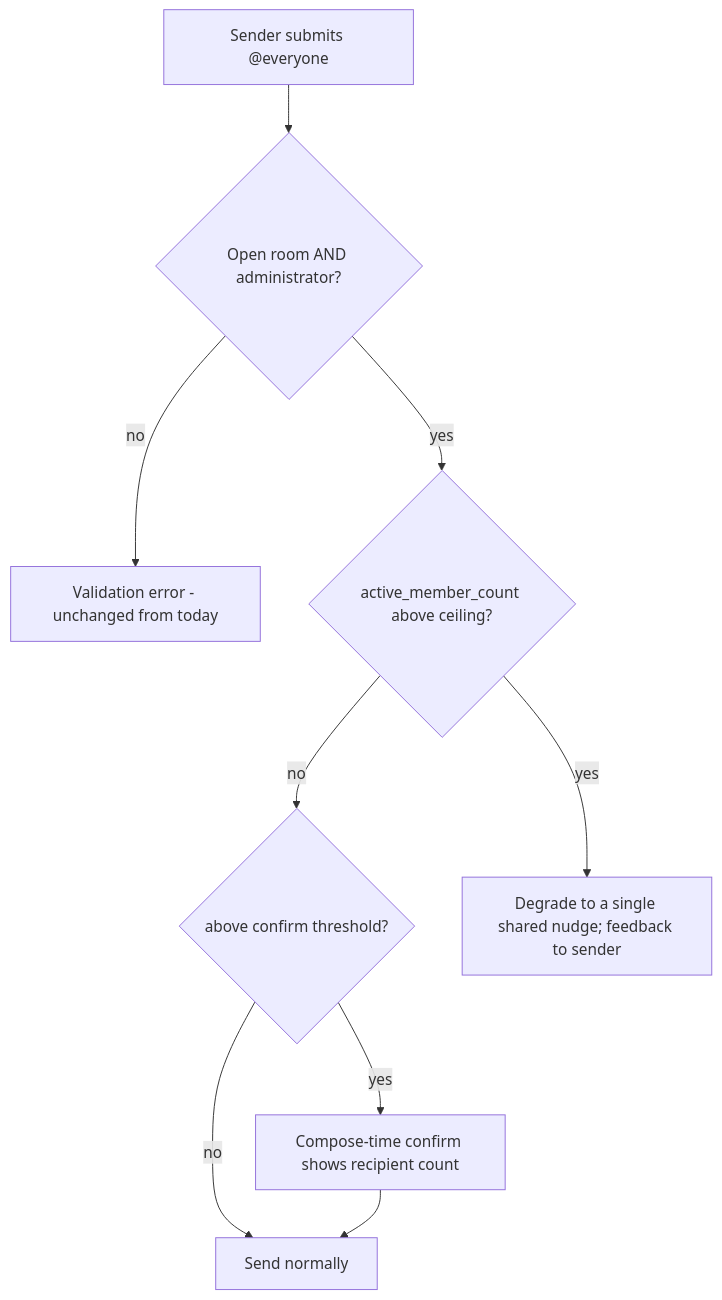
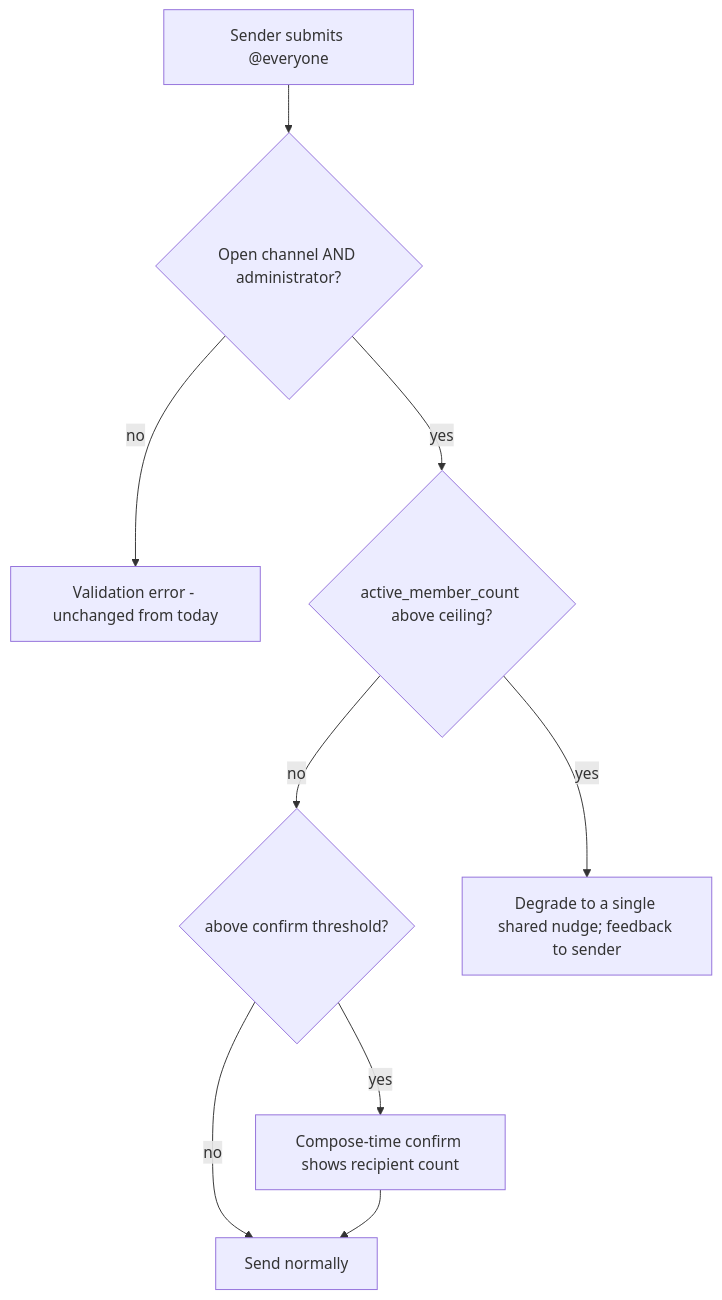
One commit to sabha-co/sabha changed the third of 3 diagrams in docs/plans/2026-07-08-001-perf-realtime-delivery-at-scale-plan.md. Above: the diagram before and after it, drawn with Mermaid. The commit also changed other lines of this file and 689 other files, not shown here.

Commit message:
Rename room to channel (#219)

````diff
--- a/docs/plans/2026-07-08-001-perf-realtime-delivery-at-scale-plan.md
+++ b/docs/plans/2026-07-08-001-perf-realtime-delivery-at-scale-plan.md
@@ -89,10 +89,10 @@
 ```mermaid
 flowchart TB
-  S[Sender submits @everyone] --> G{Open room AND administrator?}
+  S[Sender submits @everyone] --> G{Open channel AND administrator?}
   G -- no --> E[Validation error - unchanged from today]
   G -- yes --> T{active_member_count above ceiling?}
   T -- no --> C{above confirm threshold?}
   C -- no --> N[Send normally]
   C -- yes --> K[Compose-time confirm shows recipient count] --> N
   T -- yes --> Z[Degrade to a single shared nudge; feedback to sender]
 ```
````
